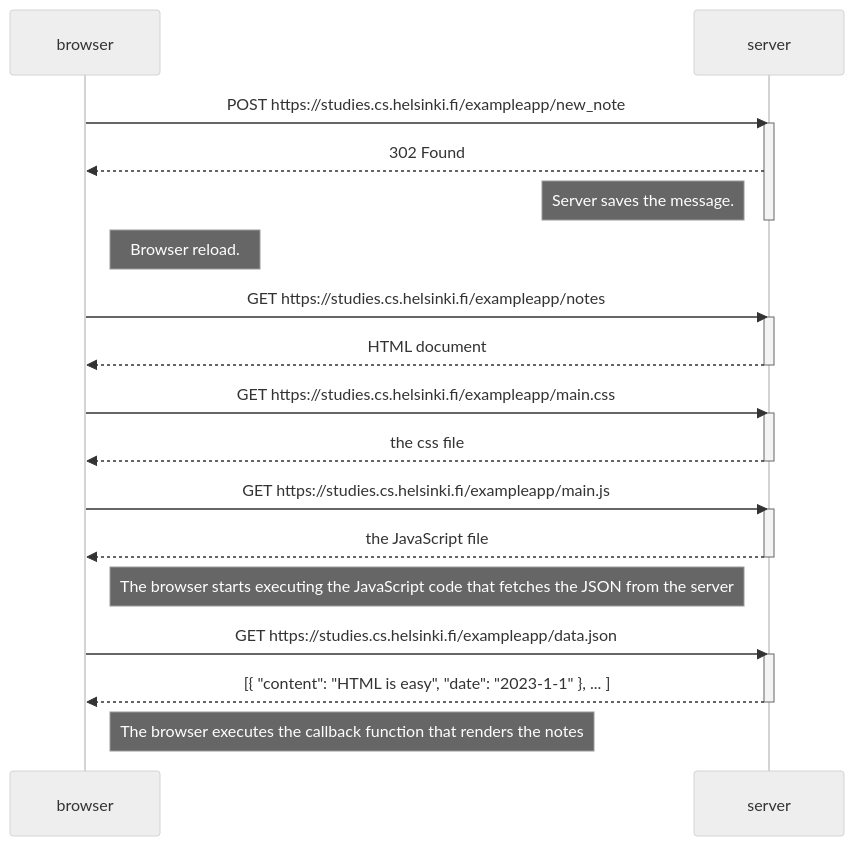
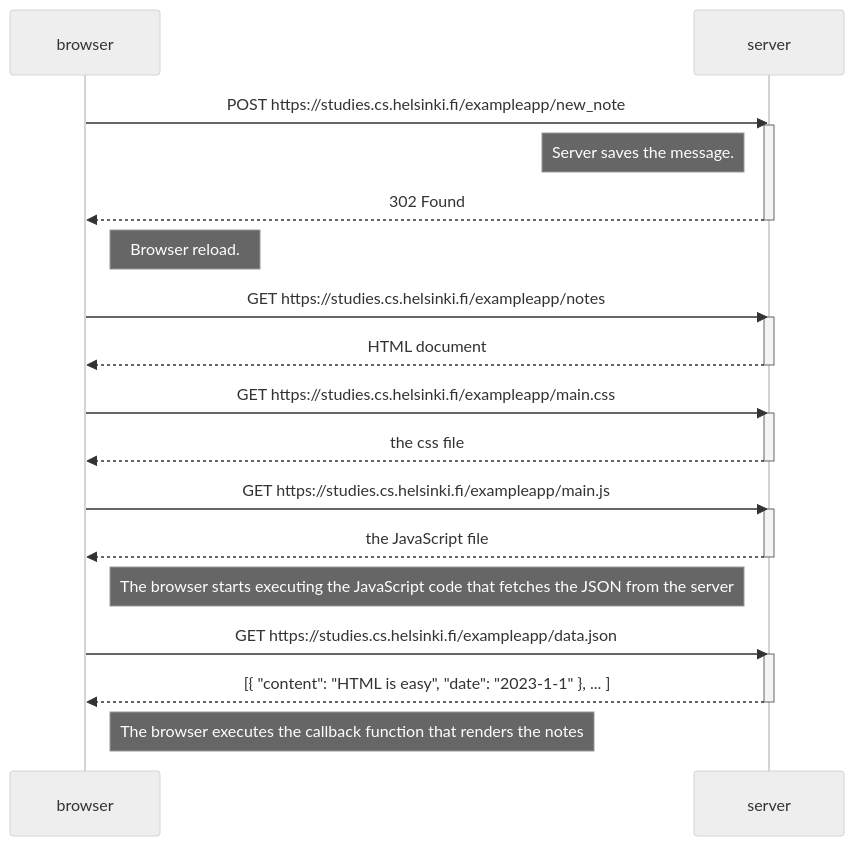
The diagram in part0/0_4_NewNoteDiagram.md (JorgSierra/FullStackOpen), drawn with Mermaid (neutral theme) before and after one commit.

Commit message:
Minor esthetic changes

````diff
--- a/part0/0_4_NewNoteDiagram.md
+++ b/part0/0_4_NewNoteDiagram.md
@@ -1,36 +1,36 @@
 ```mermaid
 sequenceDiagram
     participant browser
     participant server
 
     browser->>server: POST https://studies.cs.helsinki.fi/exampleapp/new_note
     activate server
+	Note left of server: Server saves the message.
     server-->>browser: 302 Found 
-    Note left of server: Server saves the message.
     deactivate server
     Note right of browser: Browser reload.
 
     browser->>server: GET https://studies.cs.helsinki.fi/exampleapp/notes
     activate server
     server-->>browser: HTML document
     deactivate server
 
     browser->>server: GET https://studies.cs.helsinki.fi/exampleapp/main.css
     activate server
     server-->>browser: the css file
     deactivate server
 
     browser->>server: GET https://studies.cs.helsinki.fi/exampleapp/main.js
     activate server
     server-->>browser: the JavaScript file
     deactivate server
 
     Note right of browser: The browser starts executing the JavaScript code that fetches the JSON from the server
 
     browser->>server: GET https://studies.cs.helsinki.fi/exampleapp/data.json
     activate server
     server-->>browser: [{ "content": "HTML is easy", "date": "2023-1-1" }, ... ]
     deactivate server
 
     Note right of browser: The browser executes the callback function that renders the notes
 ```
````
